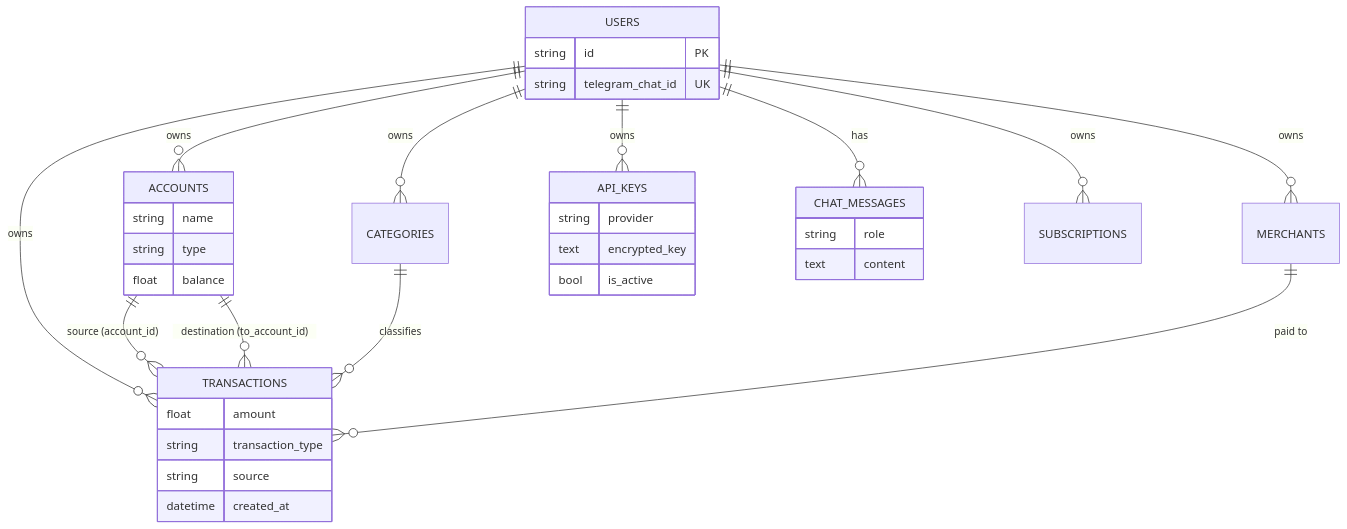
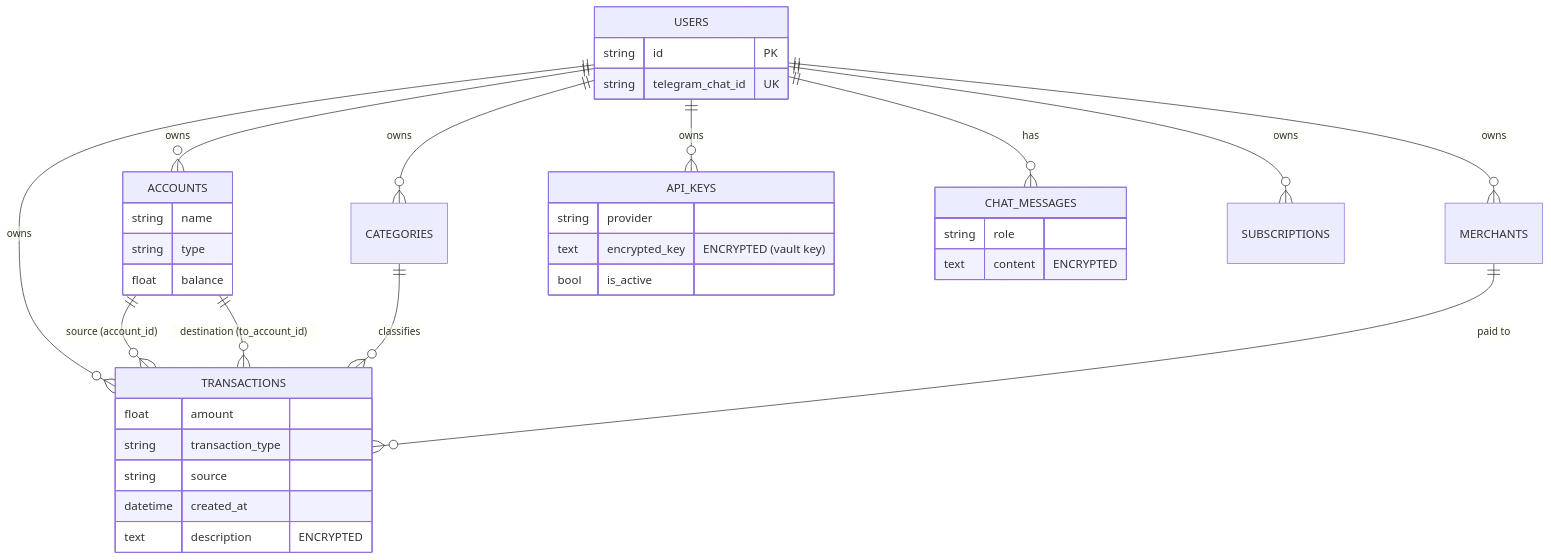
Before and after one commit to FissionLife/WalletLedger: the sixth of 12 diagrams in docs/ARCHITECTURE.md, drawn with Mermaid. The commit also changed other lines of this file and 8 other files, not shown here.

First line of the commit message:
docs: add project guide, plain answer on who can read encrypted data, new architecture diagrams

````diff
--- a/docs/ARCHITECTURE.md
+++ b/docs/ARCHITECTURE.md
@@ -143,28 +144,29 @@
 ```mermaid
 erDiagram
     USERS ||--o{ ACCOUNTS : owns
     USERS ||--o{ CATEGORIES : owns
     USERS ||--o{ MERCHANTS : owns
     USERS ||--o{ TRANSACTIONS : owns
     USERS ||--o{ API_KEYS : owns
     USERS ||--o{ CHAT_MESSAGES : has
     USERS ||--o{ SUBSCRIPTIONS : owns
     ACCOUNTS ||--o{ TRANSACTIONS : "source (account_id)"
     ACCOUNTS ||--o{ TRANSACTIONS : "destination (to_account_id)"
     CATEGORIES ||--o{ TRANSACTIONS : classifies
     MERCHANTS ||--o{ TRANSACTIONS : "paid to"
     USERS { string id PK
             string telegram_chat_id UK }
     ACCOUNTS { string name
                string type
                float balance }
     TRANSACTIONS { float amount
                    string transaction_type
                    string source
-                   datetime created_at }
+                   datetime created_at
+                   text description "ENCRYPTED" }
     API_KEYS { string provider
-               text encrypted_key
+               text encrypted_key "ENCRYPTED (vault key)"
                bool is_active }
     CHAT_MESSAGES { string role
-                    text content }
+                    text content "ENCRYPTED" }
 ```
````
